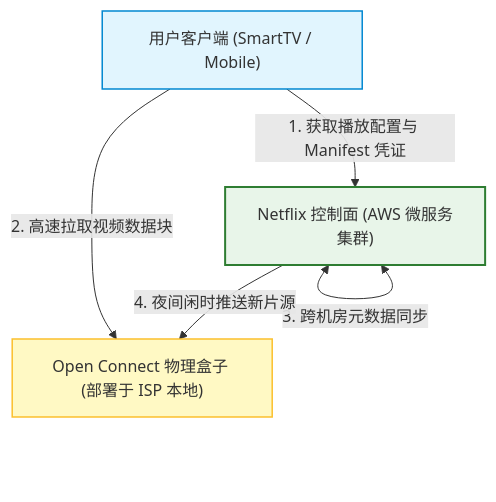
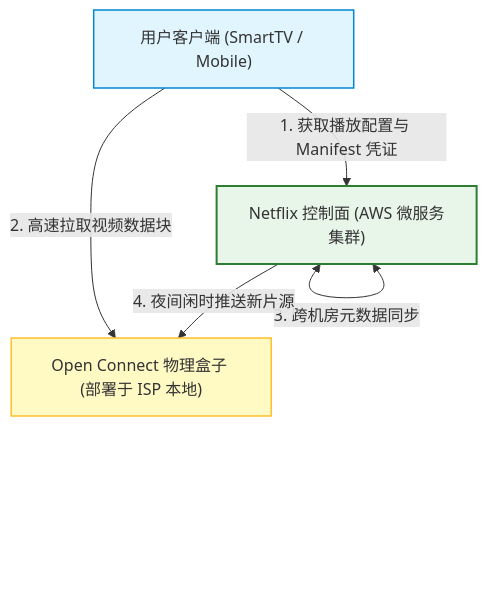
One commit to koosai/AI-Architect-Learning changed the second of 8 diagrams in docs/atlas/netflix.mdx. Above: the diagram before and after it, drawn with Mermaid. The commit also changed other lines of this file and 68 other files, not shown here.

Commit message:
fix(atlas): fix browser client-side Mermaid rendering for mindmaps and flowcharts across 67 case studies

````diff
--- a/docs/atlas/netflix.mdx
+++ b/docs/atlas/netflix.mdx
@@ -140,12 +140,12 @@
 ```mermaid
 graph TB
   classDef client fill:#e1f5fe,stroke:#0288d1,stroke-width:1.5px;
   classDef main fill:#e8f5e9,stroke:#2e7d32,stroke-width:2px;
   classDef third fill:#fff9c4,stroke:#fbc02d,stroke-width:1.5px;
 
   ClientDevice["用户客户端 (SmartTV / Mobile)"]:::client -->|1. 获取播放配置与 Manifest 凭证| NetflixControlPlane["Netflix 控制面 (AWS 微服务集群)"]:::main
   ClientDevice -->|2. 高速拉取视频数据块| OpenConnectOCA["Open Connect 物理盒子 (部署于 ISP 本地)"]:::third
   
-  NetflixControlPlane <-->|3. 跨机房元数据同步| NetflixControlPlane
+  NetflixControlPlane <--->|3. 跨机房元数据同步| NetflixControlPlane
   NetflixControlPlane -->|4. 夜间闲时推送新片源| OpenConnectOCA
 ```
````
